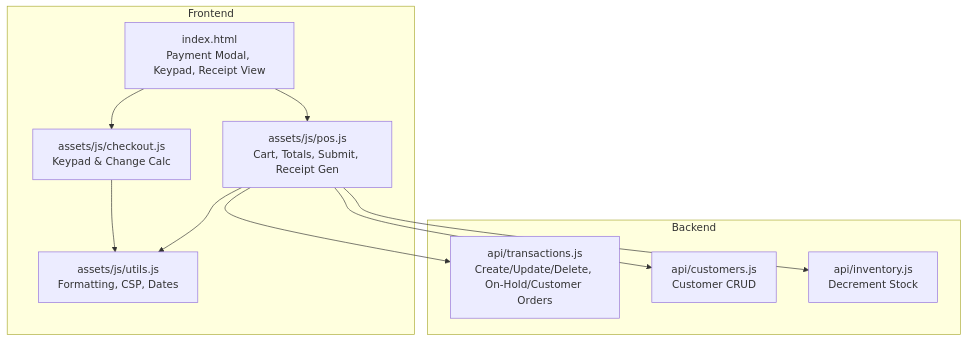
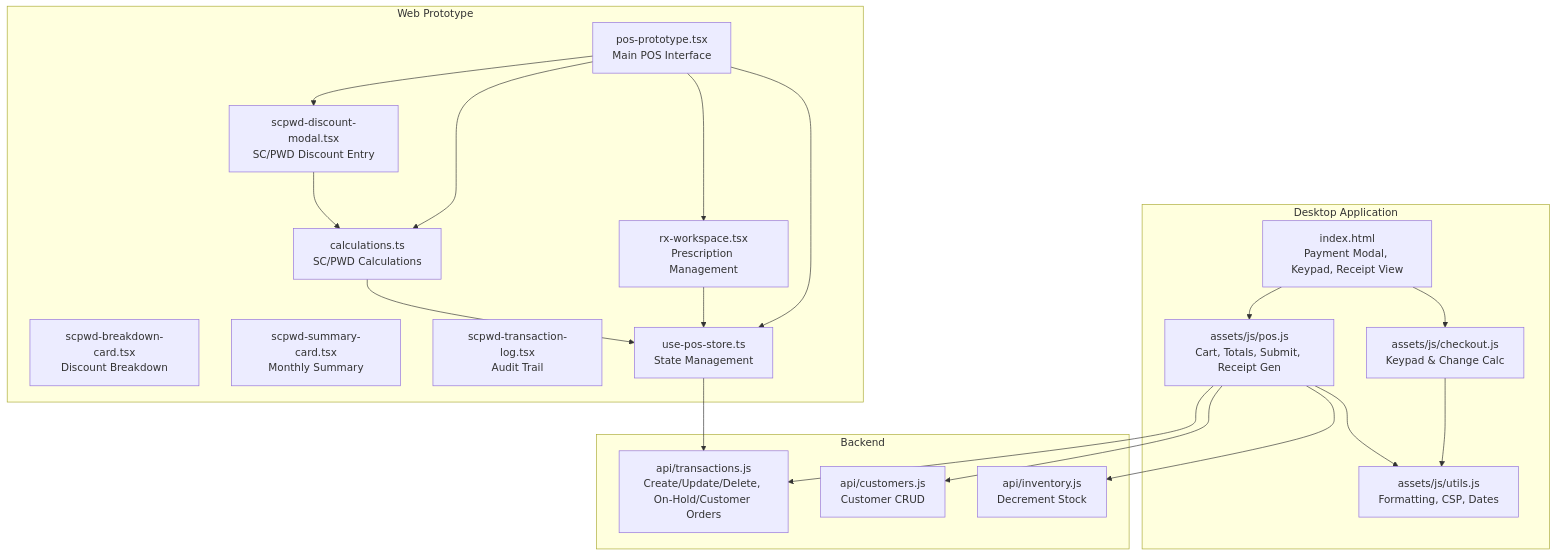
Before and after one commit to yosefdc7/PharmaPOS: the first of 13 diagrams in .qoder/repowiki/en/content/Frontend Interface/Checkout System.md, drawn with Mermaid. The commit also changed other lines of this file and 11 other files, not shown here.

````diff
--- a/.qoder/repowiki/en/content/Frontend Interface/Checkout System.md
+++ b/.qoder/repowiki/en/content/Frontend Interface/Checkout System.md
@@ -35,21 +60,39 @@
 ```mermaid
 graph TB
-subgraph "Frontend"
+subgraph "Desktop Application"
 UI["index.html<br/>Payment Modal, Keypad, Receipt View"]
 CK["assets/js/checkout.js<br/>Keypad & Change Calc"]
 POS["assets/js/pos.js<br/>Cart, Totals, Submit, Receipt Gen"]
 U["assets/js/utils.js<br/>Formatting, CSP, Dates"]
+end
+subgraph "Web Prototype"
+WPOS["pos-prototype.tsx<br/>Main POS Interface"]
+RX["rx-workspace.tsx<br/>Prescription Management"]
+SCM["scpwd-discount-modal.tsx<br/>SC/PWD Discount Entry"]
+SCB["scpwd-breakdown-card.tsx<br/>Discount Breakdown"]
+SCS["scpwd-summary-card.tsx<br/>Monthly Summary"]
+SCL["scpwd-transaction-log.tsx<br/>Audit Trail"]
+CALC["calculations.ts<br/>SC/PWD Calculations"]
+STORE["use-pos-store.ts<br/>State Management"]
 end
 subgraph "Backend"
 TX["api/transactions.js<br/>Create/Update/Delete, On-Hold/Customer Orders"]
 CU["api/customers.js<br/>Customer CRUD"]
 IV["api/inventory.js<br/>Decrement Stock"]
 end
 UI --> CK
 UI --> POS
 CK --> U
 POS --> U
 POS --> TX
 POS --> CU
 POS --> IV
+WPOS --> SCM
+WPOS --> RX
+WPOS --> CALC
+WPOS --> STORE
+SCM --> CALC
+RX --> STORE
+CALC --> STORE
+STORE --> TX
 ```
````
